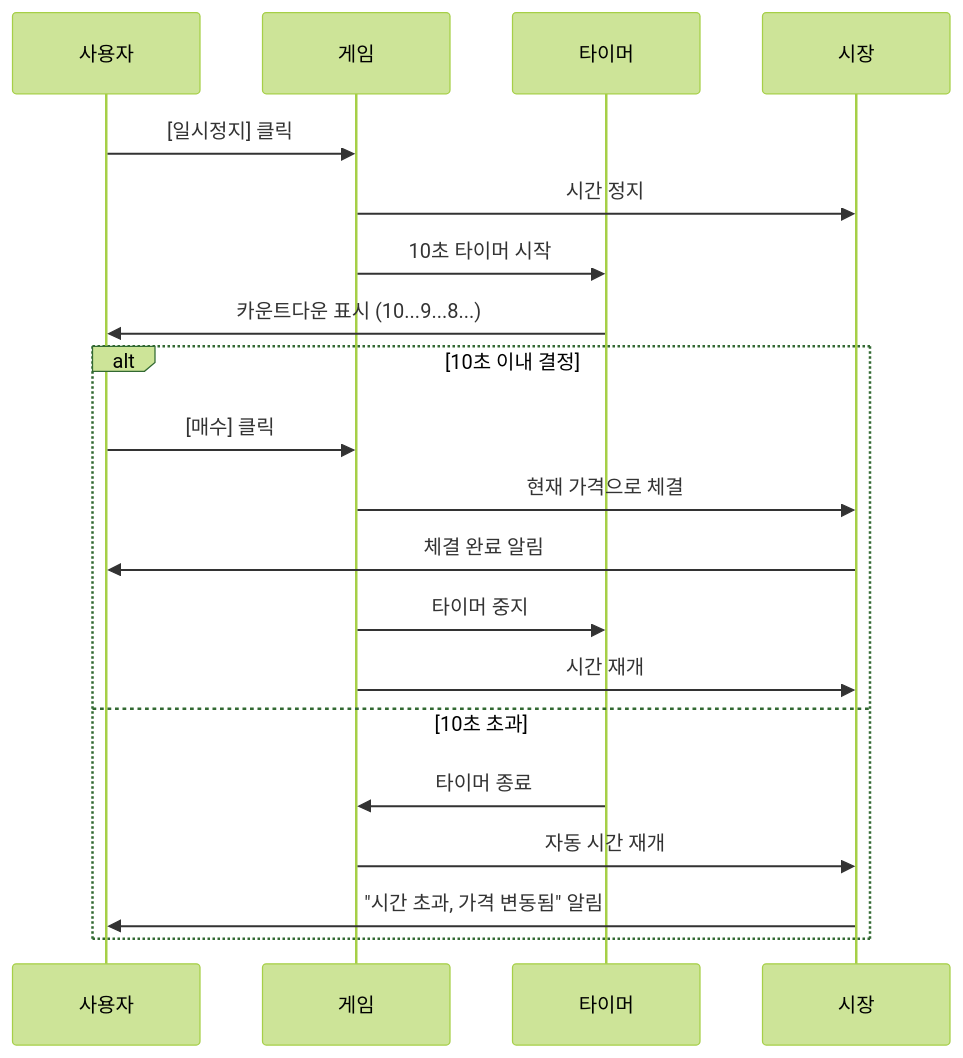
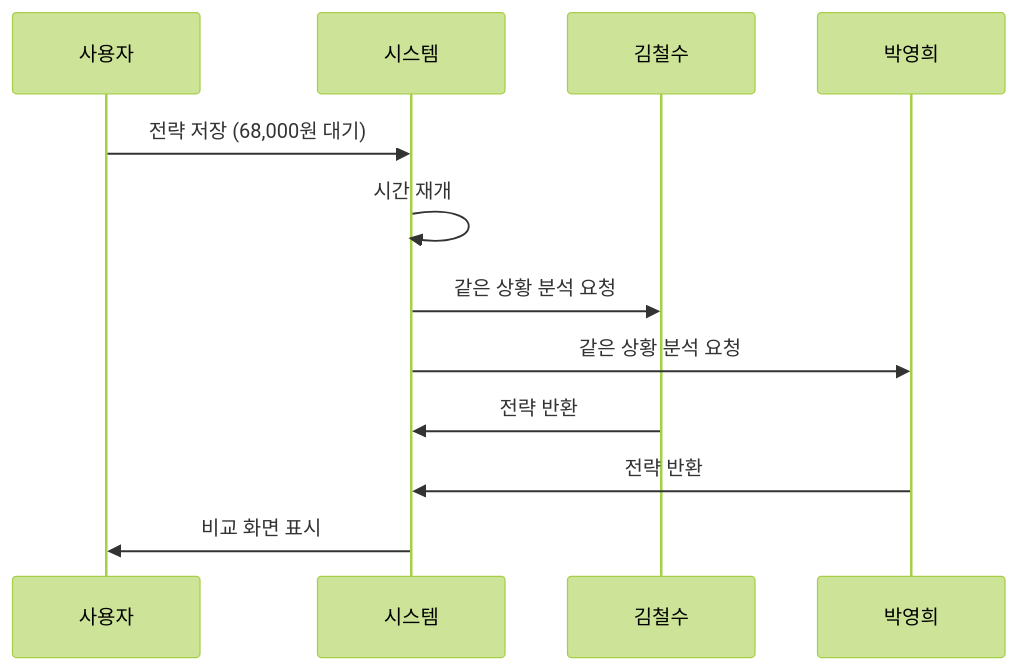
Before and after one commit to Collegenie-X/stock_simulation: the fourth of 5 diagrams in document/user_scenarios.md, drawn with Mermaid (forest theme). The commit also changed other lines of this file and 7 other files, not shown here.

````diff
--- a/document/user_scenarios.md
+++ b/document/user_scenarios.md
@@ -210,24 +627,17 @@
 ```mermaid
 sequenceDiagram
     participant U as 사용자
-    participant G as 게임
-    participant T as 타이머
-    participant M as 시장
+    participant S as 시스템
+    participant AI1 as 김철수
+    participant AI2 as 박영희
     
-    U->>G: [일시정지] 클릭
-    G->>M: 시간 정지
-    G->>T: 10초 타이머 시작
-    T->>U: 카운트다운 표시 (10...9...8...)
+    U->>S: 전략 저장 (68,000원 대기)
+    S->>S: 시간 재개
+    S->>AI1: 같은 상황 분석 요청
+    S->>AI2: 같은 상황 분석 요청
     
-    alt 10초 이내 결정
-        U->>G: [매수] 클릭
-        G->>M: 현재 가격으로 체결
-        M->>U: 체결 완료 알림
-        G->>T: 타이머 중지
-        G->>M: 시간 재개
-    else 10초 초과
-        T->>G: 타이머 종료
-        G->>M: 자동 시간 재개
-        M->>U: "시간 초과, 가격 변동됨" 알림
-    end
+    AI1->>S: 전략 반환
+    AI2->>S: 전략 반환
+    
+    S->>U: 비교 화면 표시
 ```
````
